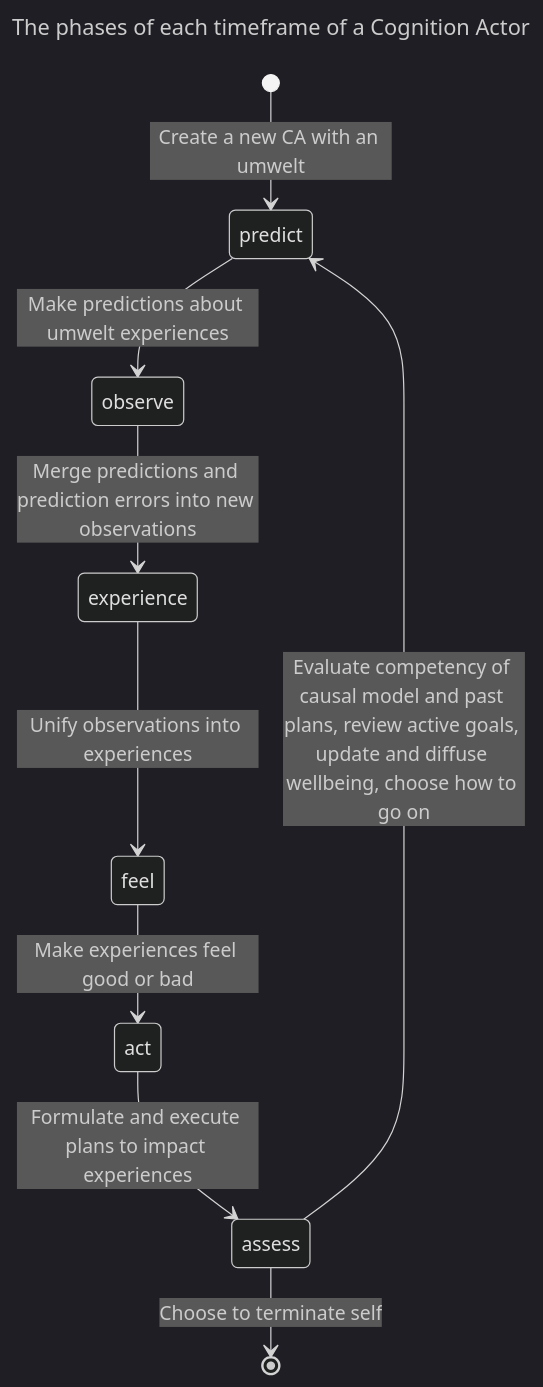
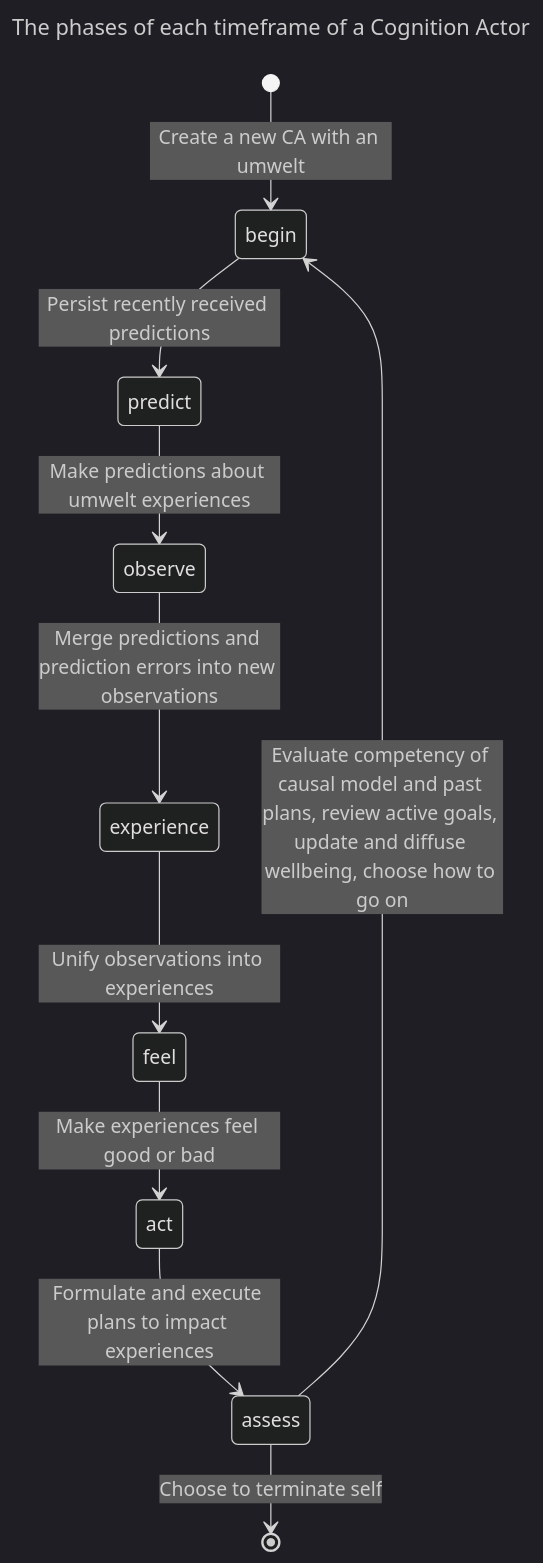
Before and after one commit to jfcloutier/karma_system: the diagram in design_notes/cognition_actors.md, drawn with Mermaid (dark theme). The commit also changed other lines of this file and 7 other files, not shown here.

````diff
--- a/design_notes/cognition_actors.md
+++ b/design_notes/cognition_actors.md
@@ -130,14 +127,15 @@
 ```mermaid
 ---
 title: The phases of each timeframe of a Cognition Actor
 ---
 stateDiagram-v2
-    [*] --> predict: Create a new CA with an umwelt
+    [*] --> begin : Create a new CA with an umwelt
+    begin --> predict: Persist recently received predictions
     predict --> observe: Make predictions about umwelt experiences
     observe --> experience: Merge predictions and prediction errors into new observations
     experience --> feel: Unify observations into experiences
     feel --> act: Make experiences feel good or bad
     act --> assess: Formulate and execute plans to impact experiences
-    assess --> predict: Evaluate competency of causal model and past plans, review active goals, update and diffuse wellbeing, choose how to go on
+    assess --> begin: Evaluate competency of causal model and past plans, review active goals, update and diffuse wellbeing, choose how to go on
     assess --> [*]: Choose to terminate self
 ```
````
